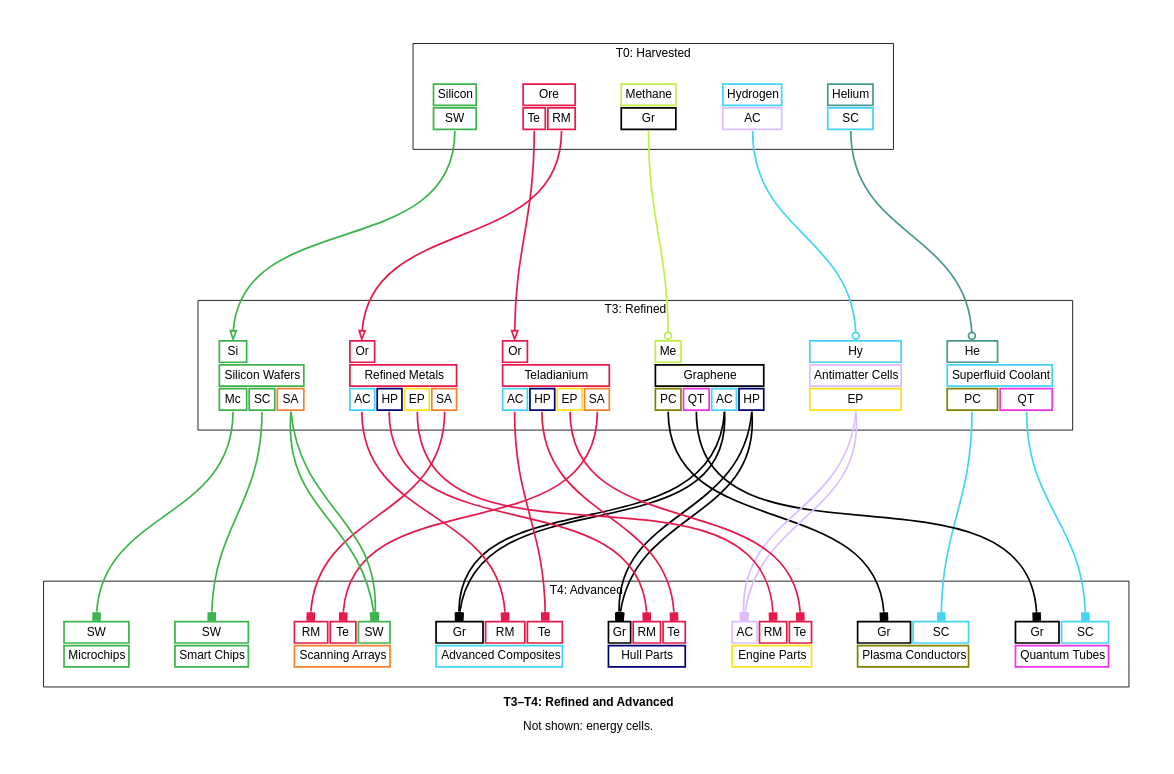
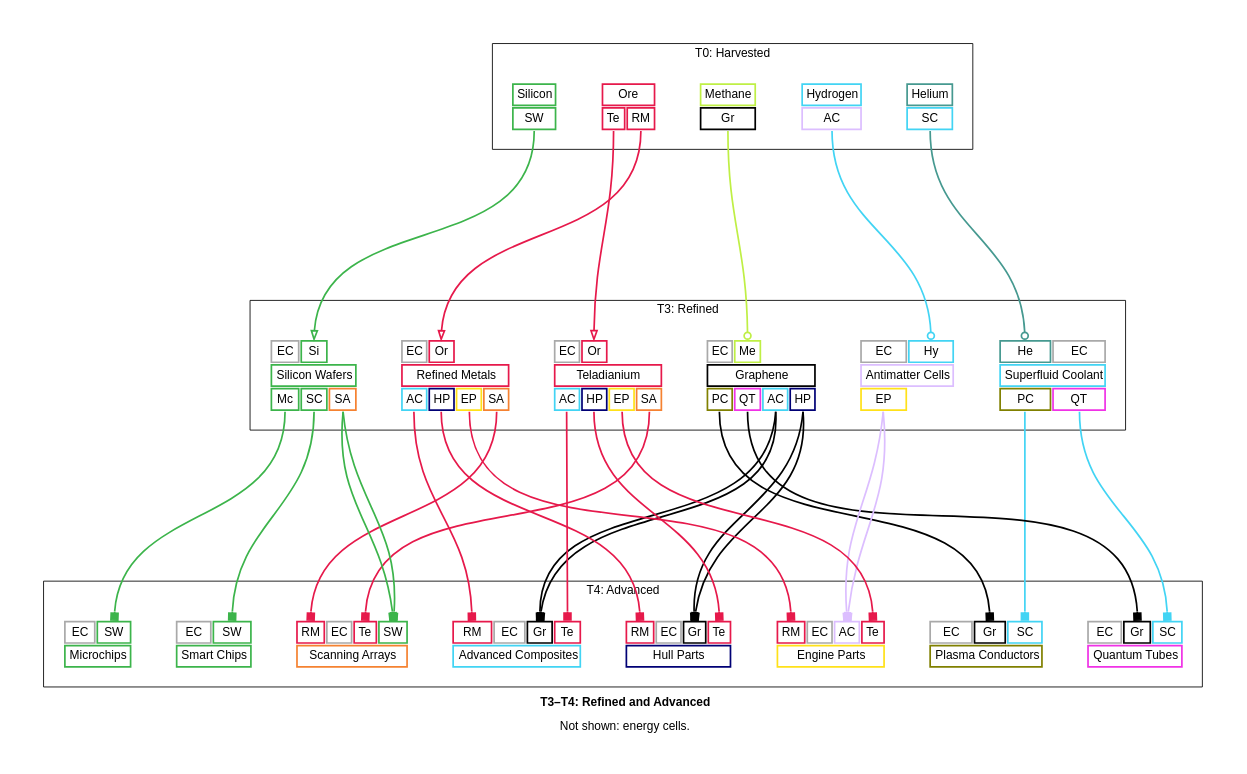
The diagram in docs/t3_t4_refined_and_advanced_graph_simplified.dot (borntyping/x4-diagrams), drawn with Graphviz before and after one commit. The commit also changed 73 other files, not shown here.

```diff
--- a/docs/t3_t4_refined_and_advanced_graph_simplified.dot
+++ b/docs/t3_t4_refined_and_advanced_graph_simplified.dot
@@ -83,6 +83,8 @@
       
         <td align="text" bgcolor="white" color="#469990" port="helium">He</td>
       
+        <td align="text" bgcolor="white" color="#a9a9a9" port="energy_cells">EC</td>
+      
     </tr>
   
   <tr>
@@ -101,6 +103,8 @@
 		graphene [label=<<table border="0" cellborder="2" cellpadding="4" cellspacing="1" fixedsize="false" id="graphene" port="output">
   
     <tr>
+      
+        <td align="text" bgcolor="white" color="#a9a9a9" port="energy_cells">EC</td>
       
         <td align="text" bgcolor="white" color="#bfef45" port="methane">Me</td>
       
@@ -127,12 +131,14 @@
   
     <tr>
       
+        <td align="text" bgcolor="white" color="#a9a9a9" port="energy_cells">EC</td>
+      
         <td align="text" bgcolor="white" color="#42d4f4" port="hydrogen">Hy</td>
       
     </tr>
   
   <tr>
-    <td align="text" bgcolor="white" color="#dcbeff" colspan="1">Antimatter Cells</td>
+    <td align="text" bgcolor="white" color="#dcbeff" colspan="2">Antimatter Cells</td>
   </tr>
   
     <tr>
@@ -145,6 +151,8 @@
 		teladianium [label=<<table border="0" cellborder="2" cellpadding="4" cellspacing="1" fixedsize="false" id="teladianium" port="output">
   
     <tr>
+      
+        <td align="text" bgcolor="white" color="#a9a9a9" port="energy_cells">EC</td>
       
         <td align="text" bgcolor="white" color="#e6194B" port="ore">Or</td>
       
@@ -171,6 +179,8 @@
   
     <tr>
       
+        <td align="text" bgcolor="white" color="#a9a9a9" port="energy_cells">EC</td>
+      
         <td align="text" bgcolor="white" color="#e6194B" port="ore">Or</td>
       
     </tr>
@@ -195,6 +205,8 @@
 		silicon_wafers [label=<<table border="0" cellborder="2" cellpadding="4" cellspacing="1" fixedsize="false" id="silicon_wafers" port="output">
   
     <tr>
+      
+        <td align="text" bgcolor="white" color="#a9a9a9" port="energy_cells">EC</td>
       
         <td align="text" bgcolor="white" color="#3cb44b" port="silicon">Si</td>
       
@@ -222,20 +234,7 @@
   
     <tr>
       
-        <td align="text" bgcolor="white" color="#000000" port="graphene">Gr</td>
-      
-        <td align="text" bgcolor="white" color="#42d4f4" port="superfluid_coolant">SC</td>
-      
-    </tr>
-  
-  <tr>
-    <td align="text" bgcolor="white" color="#808000" colspan="2">Plasma Conductors</td>
-  </tr>
-  
-</table>>]
-		quantum_tubes [label=<<table border="0" cellborder="2" cellpadding="4" cellspacing="1" fixedsize="false" id="quantum_tubes" port="output">
-  
-    <tr>
+        <td align="text" bgcolor="white" color="#a9a9a9" port="energy_cells">EC</td>
       
         <td align="text" bgcolor="white" color="#000000" port="graphene">Gr</td>
       
@@ -244,7 +243,24 @@
     </tr>
   
   <tr>
-    <td align="text" bgcolor="white" color="#f032e6" colspan="2">Quantum Tubes</td>
+    <td align="text" bgcolor="white" color="#808000" colspan="3">Plasma Conductors</td>
+  </tr>
+  
+</table>>]
+		quantum_tubes [label=<<table border="0" cellborder="2" cellpadding="4" cellspacing="1" fixedsize="false" id="quantum_tubes" port="output">
+  
+    <tr>
+      
+        <td align="text" bgcolor="white" color="#a9a9a9" port="energy_cells">EC</td>
+      
+        <td align="text" bgcolor="white" color="#000000" port="graphene">Gr</td>
+      
+        <td align="text" bgcolor="white" color="#42d4f4" port="superfluid_coolant">SC</td>
+      
+    </tr>
+  
+  <tr>
+    <td align="text" bgcolor="white" color="#f032e6" colspan="3">Quantum Tubes</td>
   </tr>
   
 </table>>]
@@ -252,16 +268,18 @@
   
     <tr>
       
+        <td align="text" bgcolor="white" color="#e6194B" port="refined_metals">RM</td>
+      
+        <td align="text" bgcolor="white" color="#a9a9a9" port="energy_cells">EC</td>
+      
         <td align="text" bgcolor="white" color="#000000" port="graphene">Gr</td>
-      
-        <td align="text" bgcolor="white" color="#e6194B" port="refined_metals">RM</td>
       
         <td align="text" bgcolor="white" color="#e6194B" port="teladianium">Te</td>
       
     </tr>
   
   <tr>
-    <td align="text" bgcolor="white" color="#42d4f4" colspan="3">Advanced Composites</td>
+    <td align="text" bgcolor="white" color="#42d4f4" colspan="4">Advanced Composites</td>
   </tr>
   
 </table>>]
@@ -269,16 +287,18 @@
   
     <tr>
       
+        <td align="text" bgcolor="white" color="#e6194B" port="refined_metals">RM</td>
+      
+        <td align="text" bgcolor="white" color="#a9a9a9" port="energy_cells">EC</td>
+      
         <td align="text" bgcolor="white" color="#000000" port="graphene">Gr</td>
-      
-        <td align="text" bgcolor="white" color="#e6194B" port="refined_metals">RM</td>
       
         <td align="text" bgcolor="white" color="#e6194B" port="teladianium">Te</td>
       
     </tr>
   
   <tr>
-    <td align="text" bgcolor="white" color="#000075" colspan="3">Hull Parts</td>
+    <td align="text" bgcolor="white" color="#000075" colspan="4">Hull Parts</td>
   </tr>
   
 </table>>]
@@ -286,16 +306,18 @@
   
     <tr>
       
+        <td align="text" bgcolor="white" color="#e6194B" port="refined_metals">RM</td>
+      
+        <td align="text" bgcolor="white" color="#a9a9a9" port="energy_cells">EC</td>
+      
         <td align="text" bgcolor="white" color="#dcbeff" port="antimatter_cells">AC</td>
-      
-        <td align="text" bgcolor="white" color="#e6194B" port="refined_metals">RM</td>
       
         <td align="text" bgcolor="white" color="#e6194B" port="teladianium">Te</td>
       
     </tr>
   
   <tr>
-    <td align="text" bgcolor="white" color="#ffe119" colspan="3">Engine Parts</td>
+    <td align="text" bgcolor="white" color="#ffe119" colspan="4">Engine Parts</td>
   </tr>
   
 </table>>]
@@ -303,12 +325,14 @@
   
     <tr>
       
+        <td align="text" bgcolor="white" color="#a9a9a9" port="energy_cells">EC</td>
+      
         <td align="text" bgcolor="white" color="#3cb44b" port="silicon_wafers">SW</td>
       
     </tr>
   
   <tr>
-    <td align="text" bgcolor="white" color="#3cb44b" colspan="1">Microchips</td>
+    <td align="text" bgcolor="white" color="#3cb44b" colspan="2">Microchips</td>
   </tr>
   
 </table>>]
@@ -316,12 +340,14 @@
   
     <tr>
       
+        <td align="text" bgcolor="white" color="#a9a9a9" port="energy_cells">EC</td>
+      
         <td align="text" bgcolor="white" color="#3cb44b" port="silicon_wafers">SW</td>
       
     </tr>
   
   <tr>
-    <td align="text" bgcolor="white" color="#3cb44b" colspan="1">Smart Chips</td>
+    <td align="text" bgcolor="white" color="#3cb44b" colspan="2">Smart Chips</td>
   </tr>
   
 </table>>]
@@ -331,6 +357,8 @@
       
         <td align="text" bgcolor="white" color="#e6194B" port="refined_metals">RM</td>
       
+        <td align="text" bgcolor="white" color="#a9a9a9" port="energy_cells">EC</td>
+      
         <td align="text" bgcolor="white" color="#e6194B" port="teladianium">Te</td>
       
         <td align="text" bgcolor="white" color="#3cb44b" port="silicon_wafers">SW</td>
@@ -338,7 +366,7 @@
     </tr>
   
   <tr>
-    <td align="text" bgcolor="white" color="#f58231" colspan="3">Scanning Arrays</td>
+    <td align="text" bgcolor="white" color="#f58231" colspan="4">Scanning Arrays</td>
   </tr>
   
 </table>>]
```
